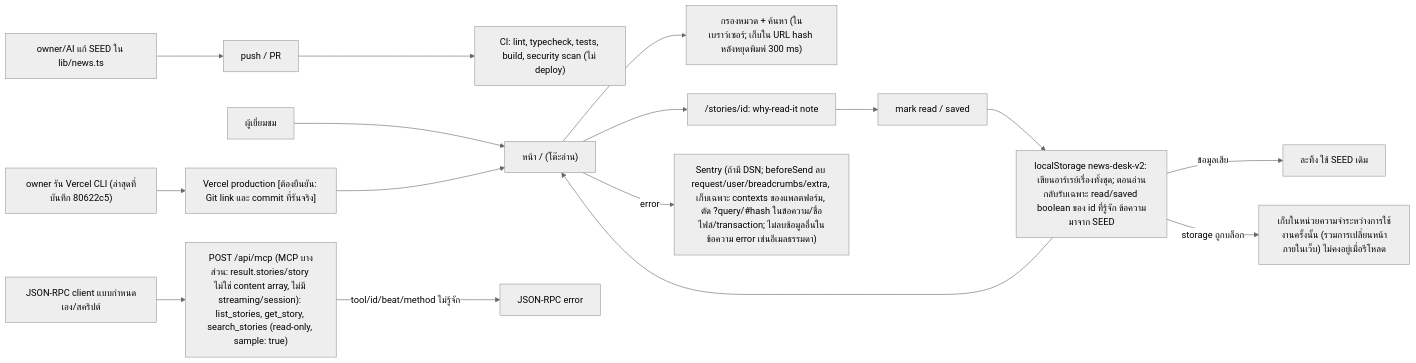
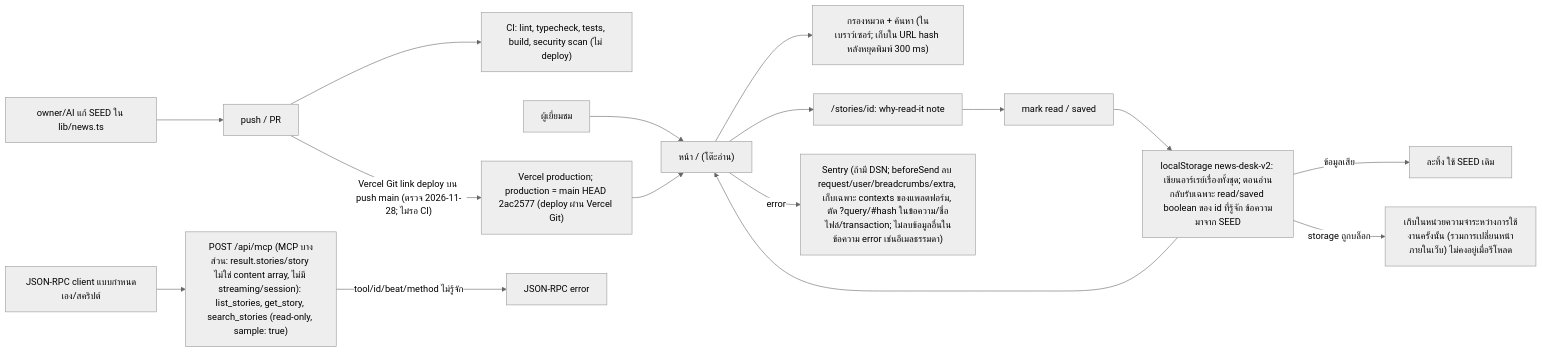
Before and after one commit to bookchaowalit-website/content-news-aggregator-web: the diagram in docs/diagrams/01-business-process.md, drawn with Mermaid (neutral theme). The commit also changed other lines of this file, not shown here.

Commit message:
docs: close Vercel Git link gap (D9), verified 2026-11-28

````diff
--- a/docs/diagrams/01-business-process.md
+++ b/docs/diagrams/01-business-process.md
@@ -9,18 +9,18 @@
 ```mermaid
 flowchart LR
   AUTHOR["owner/AI แก้ SEED ใน lib/news.ts"] --> PR["push / PR"]
   PR --> CI["CI: lint, typecheck, tests, build, security scan (ไม่ deploy)"]
-  OWNER["owner รัน Vercel CLI (ล่าสุดที่บันทึก 80622c5)"] --> DEPLOY["Vercel production [ต้องยืนยัน: Git link และ commit ที่รันจริง]"]
+  PR -->|"Vercel Git link deploy บน push main (ตรวจ 2026-11-28; ไม่รอ CI)"| DEPLOY["Vercel production; production = main HEAD 2ac2577 (deploy ผ่าน Vercel Git)"]
   VISITOR["ผู้เยี่ยมชม"] --> DESK["หน้า / (โต๊ะอ่าน)"]
   DEPLOY --> DESK
   DESK --> FILTER["กรองหมวด + ค้นหา (ในเบราว์เซอร์; เก็บใน URL hash หลังหยุดพิมพ์ 300 ms)"]
   DESK --> STORY["/stories/id: why-read-it note"]
   STORY --> MARK["mark read / saved"]
   MARK --> STORE["localStorage news-desk-v2: เขียนอาร์เรย์เรื่องทั้งชุด; ตอนอ่านกลับรับเฉพาะ read/saved boolean ของ id ที่รู้จัก ข้อความมาจาก SEED"]
   STORE -->|"ข้อมูลเสีย"| IGN["ละทิ้ง ใช้ SEED เดิม"]
   STORE -->|"storage ถูกบล็อก"| SESSION["เก็บในหน่วยความจำระหว่างการใช้งานครั้งนั้น (รวมการเปลี่ยนหน้าภายในเว็บ) ไม่คงอยู่เมื่อรีโหลด"]
   STORE --> DESK
   DESK -->|error| SENTRY["Sentry (ถ้ามี DSN; beforeSend ลบ request/user/breadcrumbs/extra, เก็บเฉพาะ contexts ของแพลตฟอร์ม, ตัด ?query/#hash ในข้อความ/ชื่อไฟล์/transaction; ไม่ลบข้อมูลอื่นในข้อความ error เช่นอีเมลธรรมดา)"]
   CLIENT["JSON-RPC client แบบกำหนดเอง/สคริปต์"] --> MCP["POST /api/mcp (MCP บางส่วน: result.stories/story ไม่ใช่ content array, ไม่มี streaming/session): list_stories, get_story, search_stories (read-only, sample: true)"]
   MCP -->|"tool/id/beat/method ไม่รู้จัก"| ERR["JSON-RPC error"]
 ```
````
